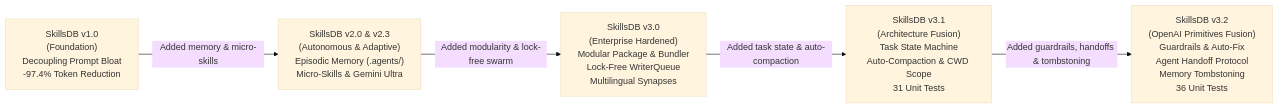
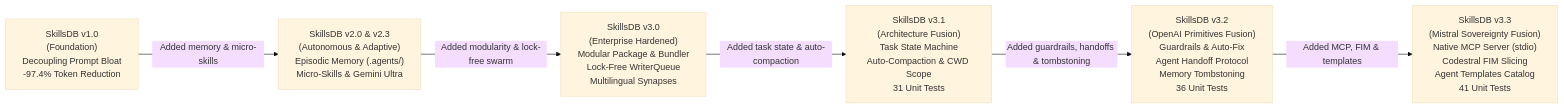
The second of 2 diagrams in README.md (scorpion421/skillsdb), drawn with Mermaid (base theme) before and after one commit. The commit also changed other lines of this file and 13 other files, not shown here.

Commit message:
feat(v3.3): Mistral fusion with native MCP server, Codestral FIM slicing, and agent templates

````diff
--- a/README.md
+++ b/README.md
@@ -197,13 +197,15 @@
 ```mermaid
 flowchart LR
     V1["SkillsDB v1.0\n(Foundation)\nDecoupling Prompt Bloat\n-97.4% Token Reduction"]
     V2["SkillsDB v2.0 & v2.3\n(Autonomous & Adaptive)\nEpisodic Memory (.agents/)\nMicro-Skills & Gemini Ultra"]
     V3["SkillsDB v3.0\n(Enterprise Hardened)\nModular Package & Bundler\nLock-Free WriterQueue\nMultilingual Synapses"]
     V4["SkillsDB v3.1\n(Architecture Fusion)\nTask State Machine\nAuto-Compaction & CWD Scope\n31 Unit Tests"]
     V5["SkillsDB v3.2\n(OpenAI Primitives Fusion)\nGuardrails & Auto-Fix\nAgent Handoff Protocol\nMemory Tombstoning\n36 Unit Tests"]
+    V6["SkillsDB v3.3\n(Mistral Sovereignty Fusion)\nNative MCP Server (stdio)\nCodestral FIM Slicing\nAgent Templates Catalog\n41 Unit Tests"]
 
     V1 -->|"Added memory & micro-skills"| V2
     V2 -->|"Added modularity & lock-free swarm"| V3
     V3 -->|"Added task state & auto-compaction"| V4
     V4 -->|"Added guardrails, handoffs & tombstoning"| V5
+    V5 -->|"Added MCP, FIM & templates"| V6
 ```
````
